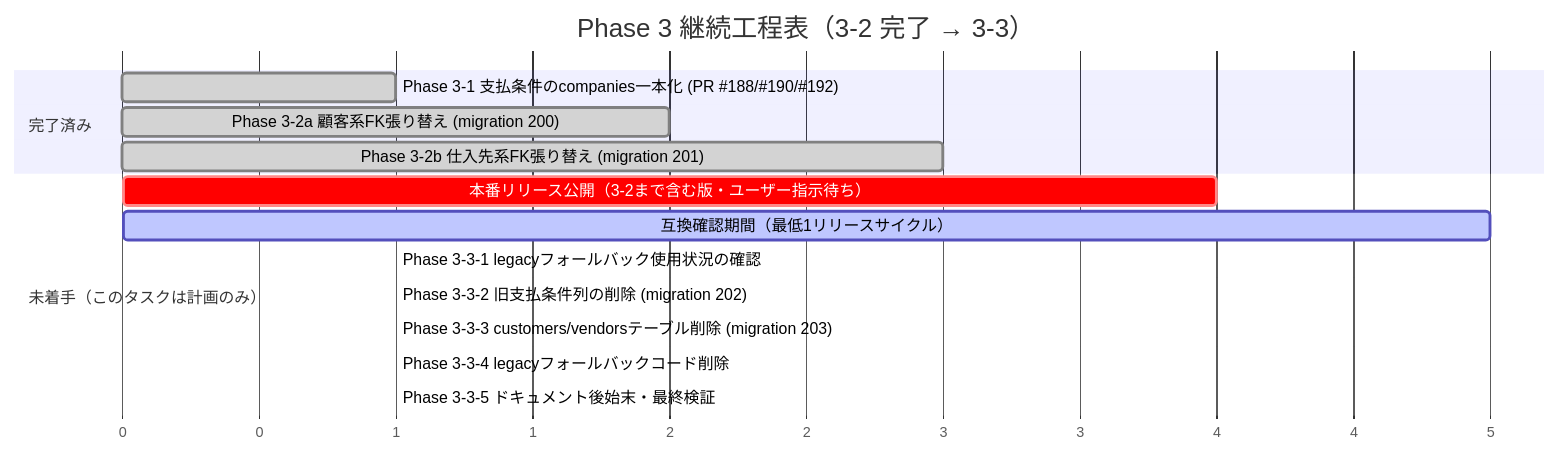
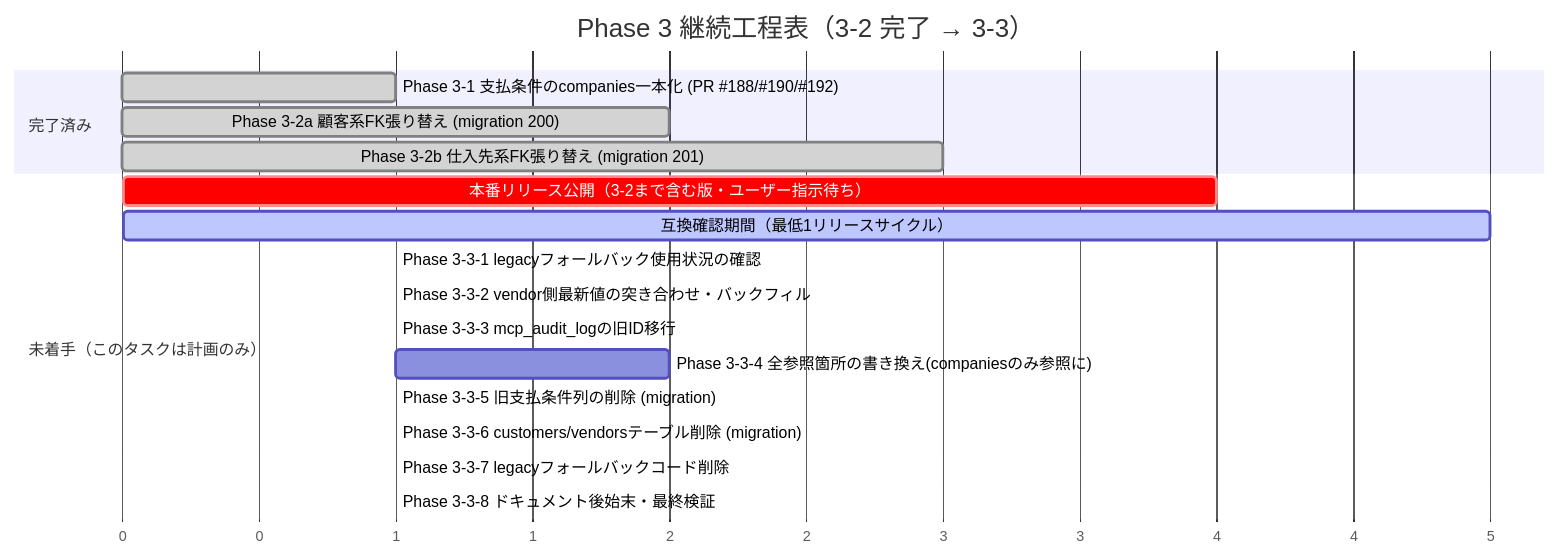
Before and after one commit to terai-takehiro/gmo-onair: the diagram in docs/reviews/phase3-2-plan.md, drawn with Mermaid. The commit also changed other lines of this file, not shown here.

````diff
--- a/docs/reviews/phase3-2-plan.md
+++ b/docs/reviews/phase3-2-plan.md
@@ -252,20 +271,23 @@
 ```mermaid
 gantt
     title Phase 3 継続工程表（3-2 完了 → 3-3）
     dateFormat  X
     axisFormat  %s
 
     section 完了済み
     Phase 3-1 支払条件のcompanies一本化 (PR #188/#190/#192) :done, p31, 0, 1
     Phase 3-2a 顧客系FK張り替え (migration 200)            :done, p32a, 1, 2
     Phase 3-2b 仕入先系FK張り替え (migration 201)           :done, p32b, 2, 3
 
     section 未着手（このタスクは計画のみ）
     本番リリース公開（3-2まで含む版・ユーザー指示待ち）      :crit, milestone1, 3, 4
     互換確認期間（最低1リリースサイクル）                    :active, wait1, 4, 5
     Phase 3-3-1 legacyフォールバック使用状況の確認           :p33_0, after wait1, 1
-    Phase 3-3-2 旧支払条件列の削除 (migration 202)          :p33_1, after p33_0, 1
-    Phase 3-3-3 customers/vendorsテーブル削除 (migration 203) :p33_2, after p33_1, 1
-    Phase 3-3-4 legacyフォールバックコード削除               :p33_3, after p33_2, 1
-    Phase 3-3-5 ドキュメント後始末・最終検証                 :p33_4, after p33_3, 1
+    Phase 3-3-2 vendor側最新値の突き合わせ・バックフィル      :p33_1, after p33_0, 1
+    Phase 3-3-3 mcp_audit_logの旧ID移行                     :p33_2, after p33_1, 1
+    Phase 3-3-4 全参照箇所の書き換え(companiesのみ参照に)     :p33_3, after p33_2, 2
+    Phase 3-3-5 旧支払条件列の削除 (migration)               :p33_4, after p33_3, 1
+    Phase 3-3-6 customers/vendorsテーブル削除 (migration)    :crit, p33_5, after p33_4, 1
+    Phase 3-3-7 legacyフォールバックコード削除               :p33_6, after p33_5, 1
+    Phase 3-3-8 ドキュメント後始末・最終検証                 :p33_7, after p33_6, 1
 ```
````
